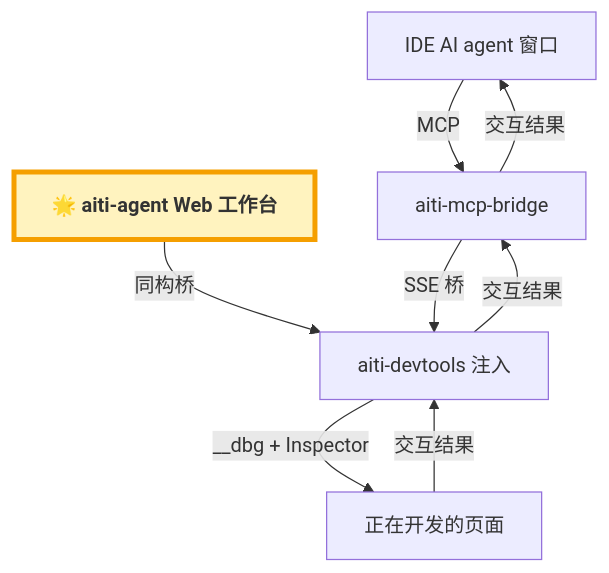
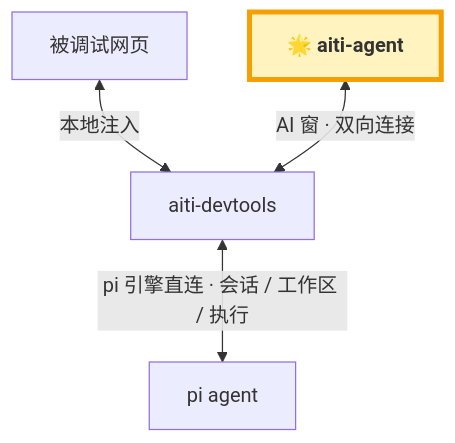
Before and after one commit to aiti-ai/aiti-docs: the first of 2 diagrams in docs/README.md, drawn with Mermaid. The commit also changed other lines of this file and 17 other files, not shown here.

````diff
--- a/docs/README.md
+++ b/docs/README.md
@@ -53,13 +59,9 @@
 ```mermaid
 flowchart TB
-    A[IDE AI agent 窗口] -->|MCP| B[aiti-mcp-bridge]
-    E[🌟 aiti-agent Web 工作台] -->|同构桥| C[aiti-devtools 注入]
-    B -->|SSE 桥| C
-    C -->|__dbg + Inspector| D[正在开发的页面]
-    D -->|交互结果| C
-    C -->|交互结果| B
-    B -->|交互结果| A
+    P[被调试网页] <-->|本地注入| D[aiti-devtools]
+    W[🌟 aiti-agent] <-->|AI 窗 · 双向连接| D
+    D <-->|pi 引擎直连 · 会话 / 工作区 / 执行| A[pi agent]
 
     classDef highlight fill:#fff3bf,stroke:#f59f00,stroke-width:4px,font-weight:bold;
-    class E highlight;
+    class W highlight;
 ```
````
